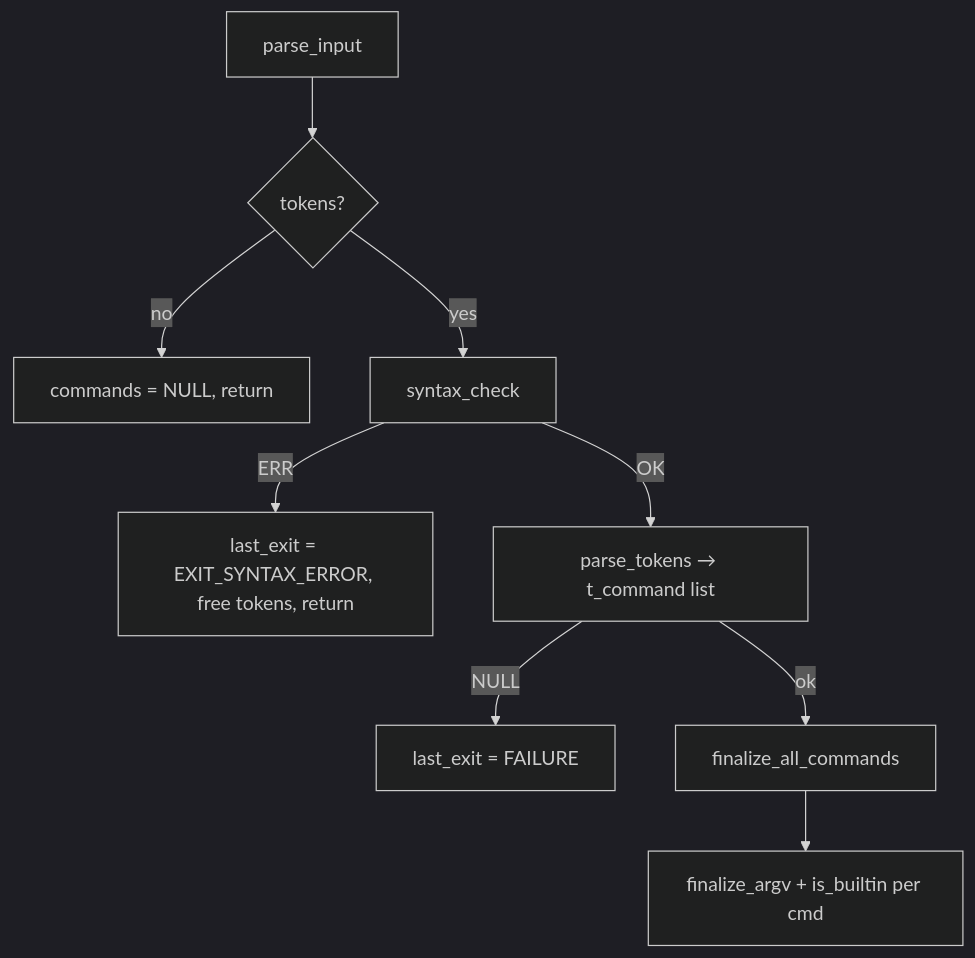
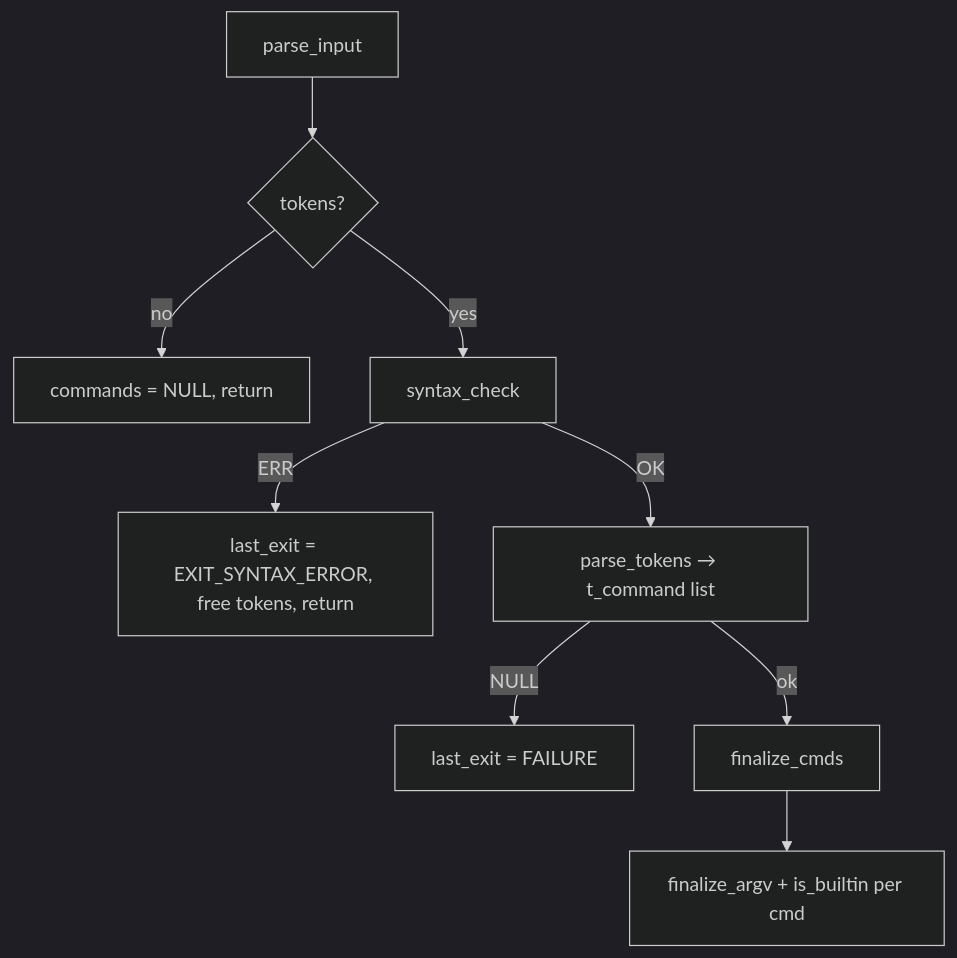
The eighth of 14 diagrams in docs/MINISHELL_ARCHITECTURE.md (gkhavari/minishell), drawn with Mermaid (dark theme) before and after one commit. The commit also changed other lines of this file and 56 other files, not shown here.

````diff
--- a/docs/MINISHELL_ARCHITECTURE.md
+++ b/docs/MINISHELL_ARCHITECTURE.md
@@ -640,11 +640,11 @@
 ```mermaid
 flowchart TD
     PI[parse_input] --> T0{tokens?}
     T0 -->|no| NULL[commands = NULL, return]
     T0 -->|yes| SY[syntax_check]
     SY -->|ERR| E2[last_exit = EXIT_SYNTAX_ERROR, free tokens, return]
     SY -->|OK| PT[parse_tokens → t_command list]
     PT -->|NULL| E1[last_exit = FAILURE]
-    PT -->|ok| FIN[finalize_all_commands]
+    PT -->|ok| FIN[finalize_cmds]
     FIN --> ARGV[finalize_argv + is_builtin per cmd]
 ```
````
